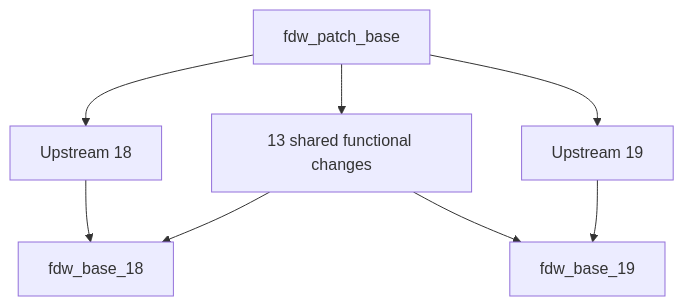
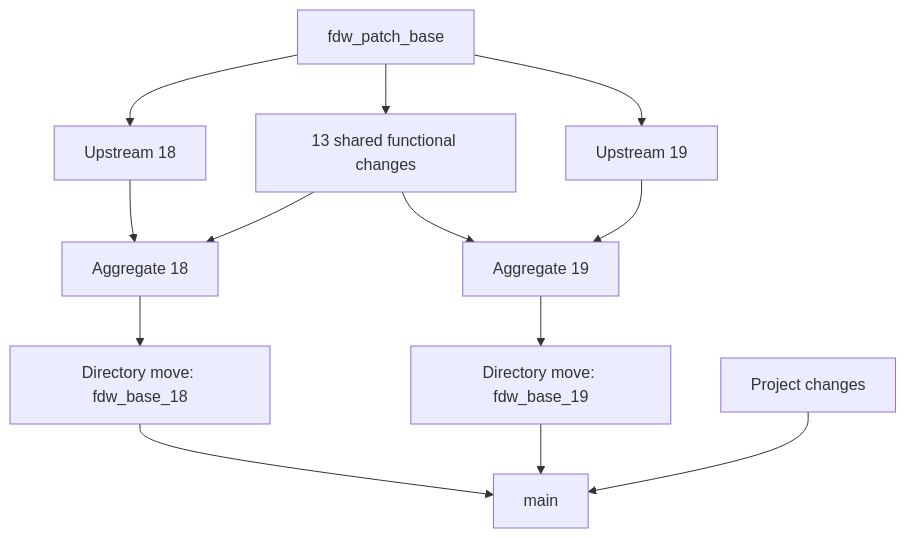
The diagram in pgwrh_fdw/UPSTREAM.md (mkleczek/pgwrh), drawn with Mermaid before and after one commit. The commit also changed other lines of this file and 9 other files, not shown here.

Commit message:
Maintain FDW directory layouts with jj

````diff
--- a/pgwrh_fdw/UPSTREAM.md
+++ b/pgwrh_fdw/UPSTREAM.md
@@ -36,10 +37,15 @@
 ```mermaid
 graph TD
     B[fdw_patch_base] --> U18[Upstream 18]
     B --> P[13 shared functional changes]
     B --> U19[Upstream 19]
-    U18 --> F18[fdw_base_18]
-    P --> F18
-    P --> F19[fdw_base_19]
-    U19 --> F19
+    U18 --> A18[Aggregate 18]
+    P --> A18
+    P --> A19[Aggregate 19]
+    U19 --> A19
+    A18 --> M18[Directory move: fdw_base_18]
+    A19 --> M19[Directory move: fdw_base_19]
+    M18 --> MAIN[main]
+    M19 --> MAIN
+    PROJECT[Project changes] --> MAIN
 ```
````
